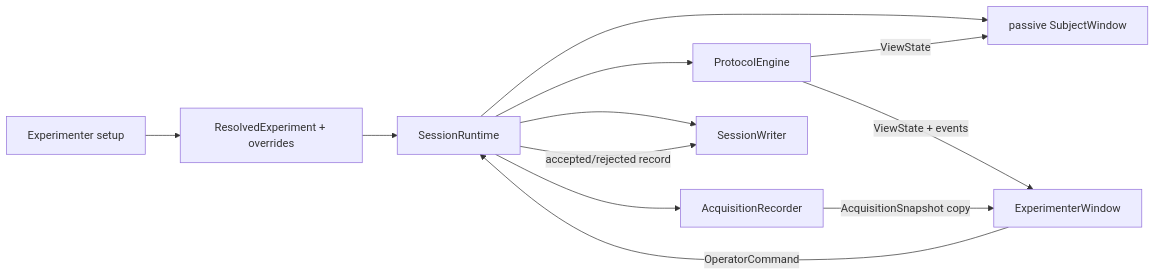
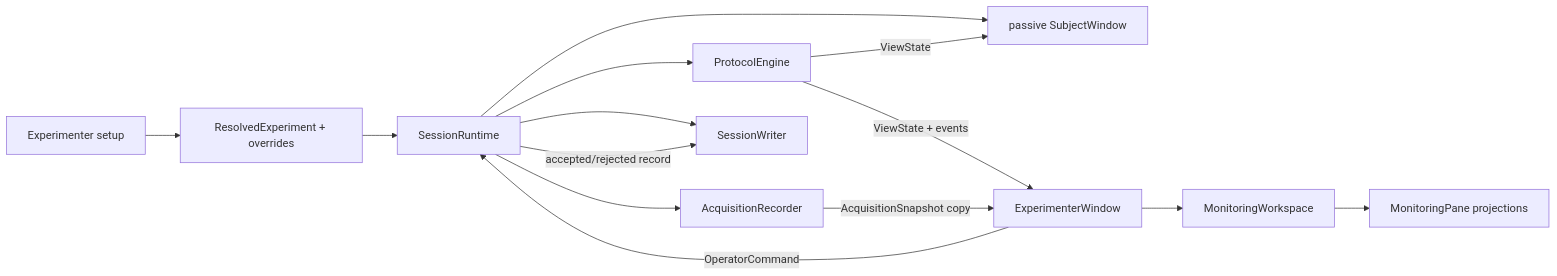
One commit to JanisPeksa/BCI changed the first of 2 diagrams in docs/imagined-speech/architecture/experimenter-workflow.md. Above: the diagram before and after it, drawn with Mermaid. The commit also changed other lines of this file and 16 other files, not shown here.

````diff
--- a/docs/imagined-speech/architecture/experimenter-workflow.md
+++ b/docs/imagined-speech/architecture/experimenter-workflow.md
@@ -17,15 +21,17 @@
 ```mermaid
 flowchart LR
     SETUP["Experimenter setup"] --> RESOLVED["ResolvedExperiment + overrides"]
     RESOLVED --> RUNTIME["SessionRuntime"]
     RUNTIME --> ENGINE["ProtocolEngine"]
     RUNTIME --> RECORDER["AcquisitionRecorder"]
     RUNTIME --> WRITER["SessionWriter"]
     RUNTIME --> SUBJECT["passive SubjectWindow"]
 
     ENGINE -->|"ViewState"| SUBJECT
     ENGINE -->|"ViewState + events"| EXP["ExperimenterWindow"]
     RECORDER -->|"AcquisitionSnapshot copy"| EXP
     EXP -->|"OperatorCommand"| RUNTIME
     RUNTIME -->|"accepted/rejected record"| WRITER
+    EXP --> WORKSPACE["MonitoringWorkspace"]
+    WORKSPACE --> PANES["MonitoringPane projections"]
 ```
````
